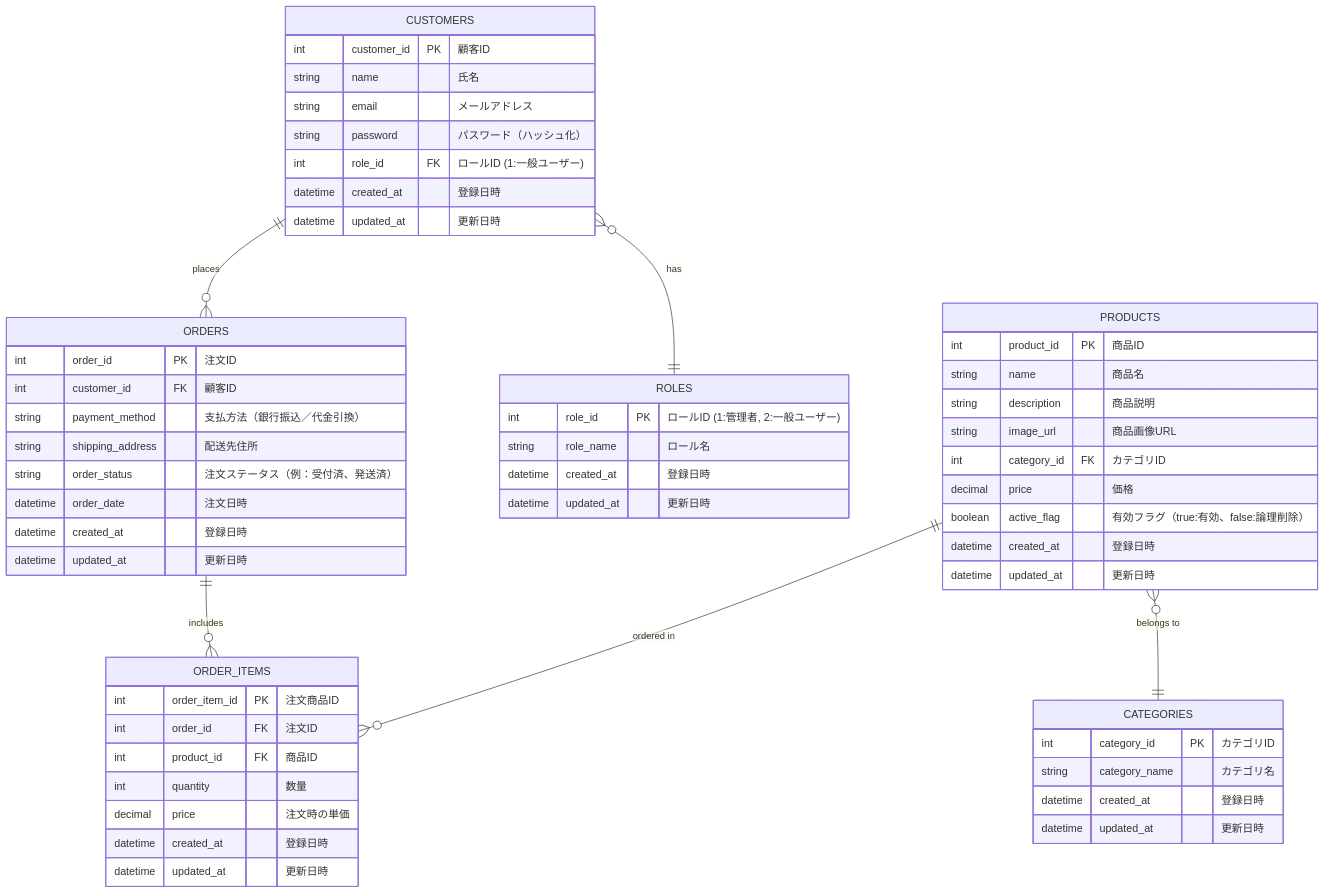
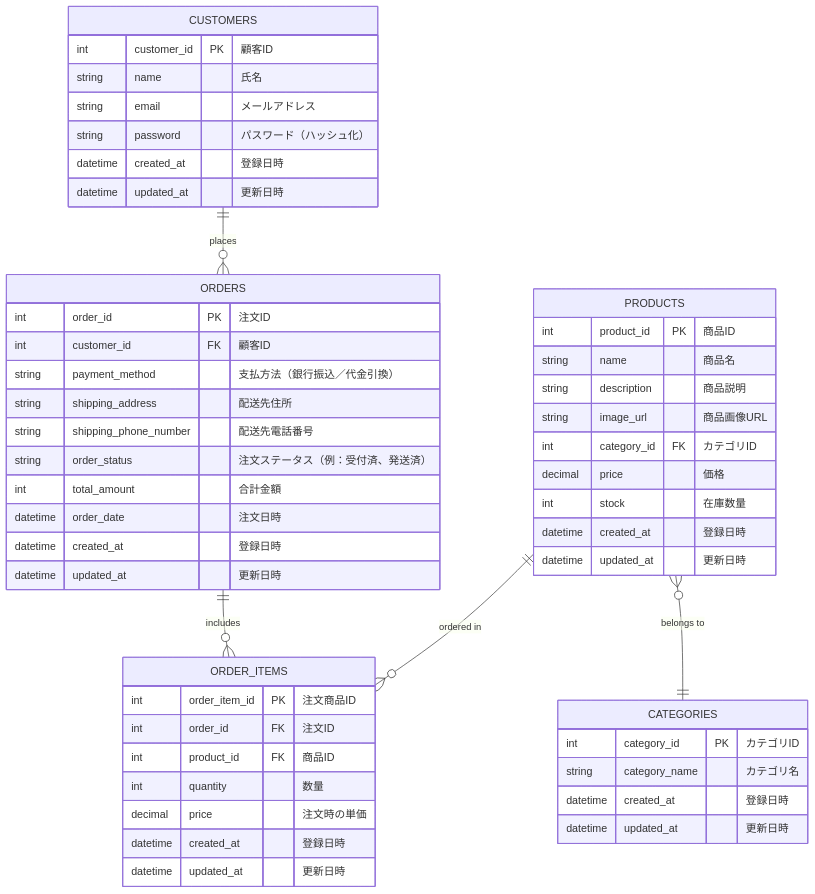
One commit to Rikumt12/Popcorn changed diagram 11 of 12 in 詳細設計書/詳細設計書.md. Above: the diagram before and after it, drawn with Mermaid.

Commit message:
yamashita

````diff
--- a/詳細設計書/詳細設計書.md
+++ b/詳細設計書/詳細設計書.md
@@ -970,61 +970,55 @@
 ```mermaid
 
 erDiagram
     CUSTOMERS ||--o{ ORDERS : "places"
-    CUSTOMERS }o--|| ROLES : "has"
     PRODUCTS }o--|| CATEGORIES : "belongs to"
     ORDERS ||--o{ ORDER_ITEMS : "includes"
     PRODUCTS ||--o{ ORDER_ITEMS : "ordered in"
 
     CUSTOMERS {
         int customer_id PK "顧客ID"
         string name "氏名"
         string email "メールアドレス"
         string password "パスワード（ハッシュ化）"
-        int role_id FK "ロールID (1:一般ユーザー)"
-        datetime created_at "登録日時"
-        datetime updated_at "更新日時"
-    }
-    ROLES {
-        int role_id PK "ロールID (1:管理者, 2:一般ユーザー)"
-        string role_name "ロール名"
         datetime created_at "登録日時"
         datetime updated_at "更新日時"
     }
     PRODUCTS {
         int product_id PK "商品ID"
         string name "商品名"
         string description "商品説明"
         string image_url "商品画像URL"
         int category_id FK "カテゴリID"
         decimal price "価格"
-        boolean active_flag "有効フラグ（true:有効、false:論理削除）"
+        int stock "在庫数量"
         datetime created_at "登録日時"
         datetime updated_at "更新日時"
     }
     CATEGORIES {
         int category_id PK "カテゴリID"
         string category_name "カテゴリ名"
         datetime created_at "登録日時"
         datetime updated_at "更新日時"
     }
     ORDERS {
         int order_id PK "注文ID"
         int customer_id FK "顧客ID"
         string payment_method "支払方法（銀行振込／代金引換）"
         string shipping_address "配送先住所"
+        string shipping_phone_number "配送先電話番号"
         string order_status "注文ステータス（例：受付済、発送済）"
+        int total_amount "合計金額"
         datetime order_date "注文日時"
         datetime created_at "登録日時"
         datetime updated_at "更新日時"
     }
     ORDER_ITEMS {
         int order_item_id PK "注文商品ID"
         int order_id FK "注文ID"
         int product_id FK "商品ID"
         int quantity "数量"
         decimal price "注文時の単価"
         datetime created_at "登録日時"
         datetime updated_at "更新日時"
     }
 ```
````
